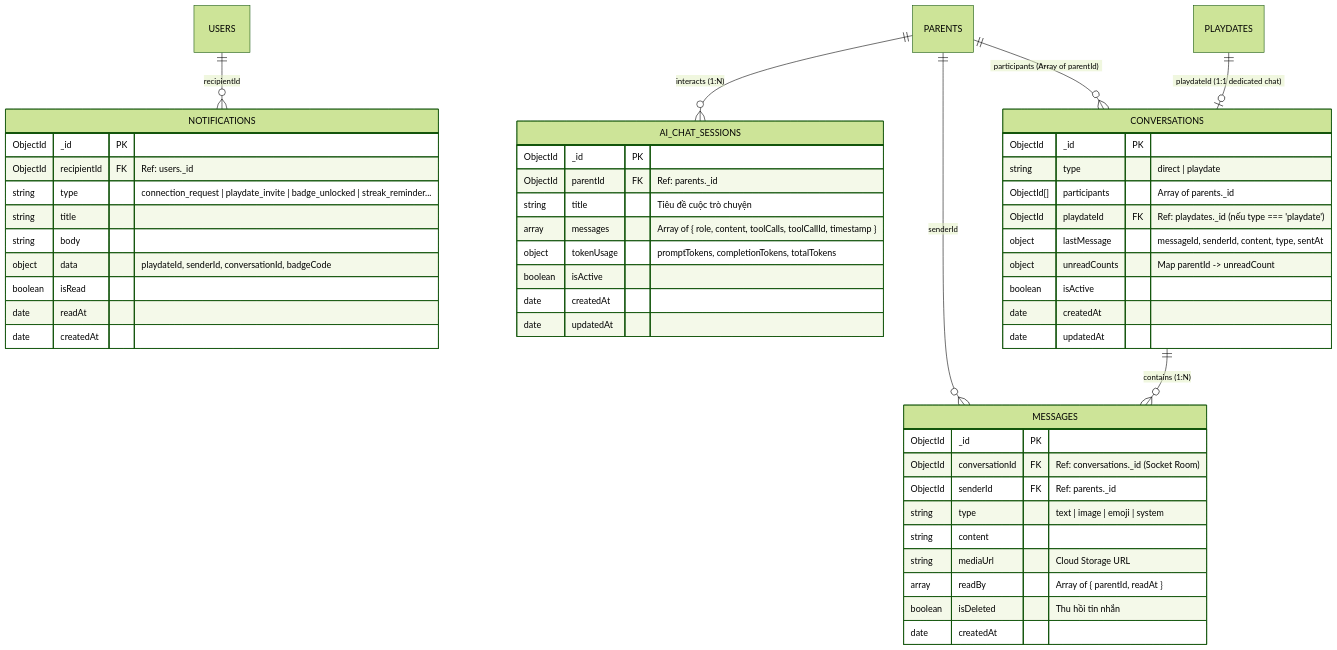
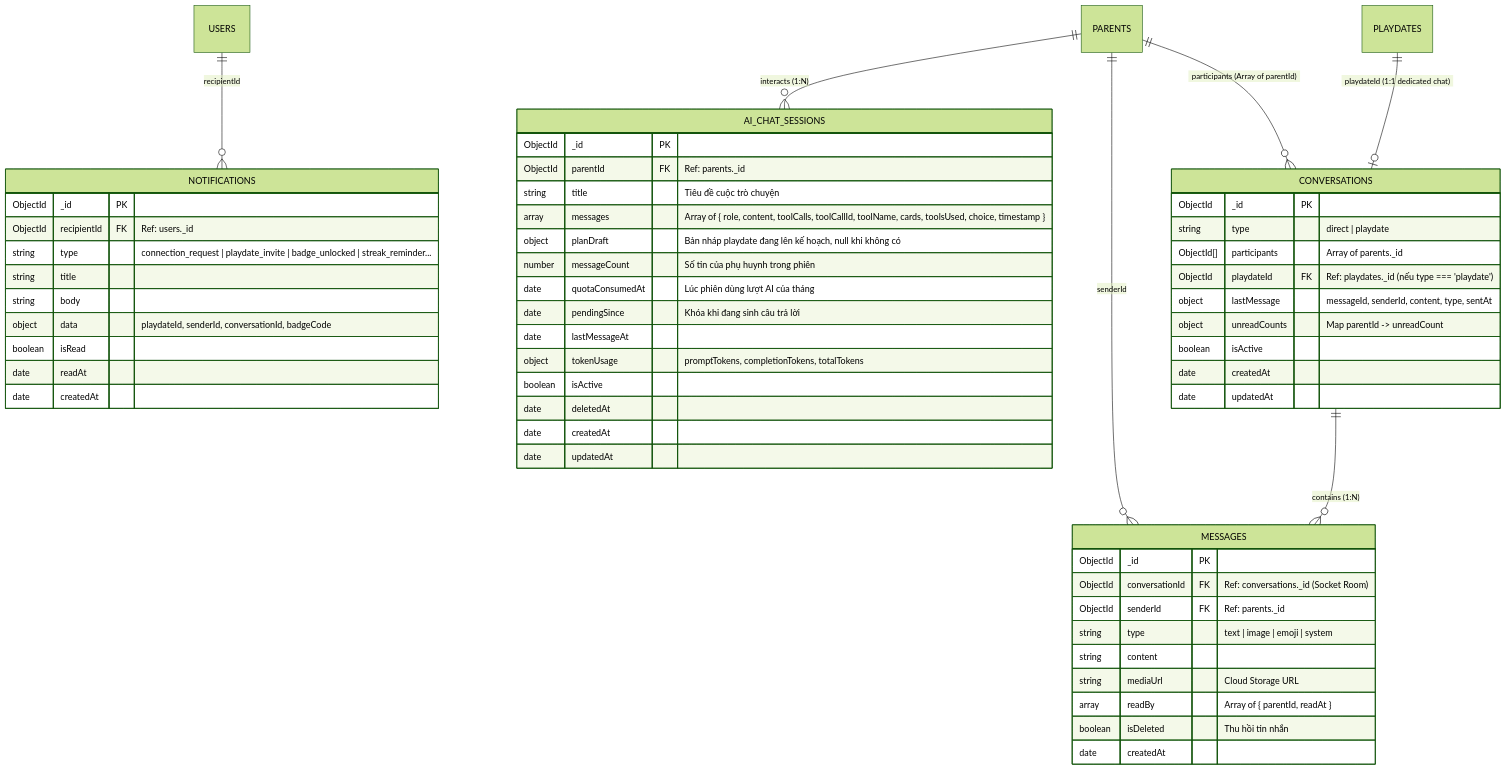
The fifth of 8 diagrams in docs/DATABASE_SCHEMA.md (BuddyLink-Team/Back-End), drawn with Mermaid (forest theme) before and after one commit. The commit also changed other lines of this file and 60 other files, not shown here.

Commit message:
feat(BUD-25): AI family assistant with tool calling and step-by-step playdate planning

````diff
--- a/docs/DATABASE_SCHEMA.md
+++ b/docs/DATABASE_SCHEMA.md
@@ -317,56 +317,62 @@
 ```mermaid
 erDiagram
     PLAYDATES ||--o| CONVERSATIONS : "playdateId (1:1 dedicated chat)"
     PARENTS ||--o{ CONVERSATIONS : "participants (Array of parentId)"
     CONVERSATIONS ||--o{ MESSAGES : "contains (1:N)"
     PARENTS ||--o{ MESSAGES : "senderId"
     USERS ||--o{ NOTIFICATIONS : "recipientId"
     PARENTS ||--o{ AI_CHAT_SESSIONS : "interacts (1:N)"
 
     CONVERSATIONS {
         ObjectId _id PK
         string type "direct | playdate"
         ObjectId[] participants "Array of parents._id"
         ObjectId playdateId FK "Ref: playdates._id (nếu type === 'playdate')"
         object lastMessage "messageId, senderId, content, type, sentAt"
         object unreadCounts "Map parentId -> unreadCount"
         boolean isActive
         date createdAt
         date updatedAt
     }
 
     MESSAGES {
         ObjectId _id PK
         ObjectId conversationId FK "Ref: conversations._id (Socket Room)"
         ObjectId senderId FK "Ref: parents._id"
         string type "text | image | emoji | system"
         string content
         string mediaUrl "Cloud Storage URL"
         array readBy "Array of { parentId, readAt }"
         boolean isDeleted "Thu hồi tin nhắn"
         date createdAt
     }
 
     NOTIFICATIONS {
         ObjectId _id PK
         ObjectId recipientId FK "Ref: users._id"
         string type "connection_request | playdate_invite | badge_unlocked | streak_reminder..."
         string title
         string body
         object data "playdateId, senderId, conversationId, badgeCode"
         boolean isRead
         date readAt
         date createdAt
     }
 
     AI_CHAT_SESSIONS {
         ObjectId _id PK
         ObjectId parentId FK "Ref: parents._id"
         string title "Tiêu đề cuộc trò chuyện"
-        array messages "Array of { role, content, toolCalls, toolCallId, timestamp }"
+        array messages "Array of { role, content, toolCalls, toolCallId, toolName, cards, toolsUsed, choice, timestamp }"
+        object planDraft "Bản nháp playdate đang lên kế hoạch, null khi không có"
+        number messageCount "Số tin của phụ huynh trong phiên"
+        date quotaConsumedAt "Lúc phiên dùng lượt AI của tháng"
+        date pendingSince "Khóa khi đang sinh câu trả lời"
+        date lastMessageAt
         object tokenUsage "promptTokens, completionTokens, totalTokens"
         boolean isActive
+        date deletedAt
         date createdAt
         date updatedAt
     }
 ```
````
